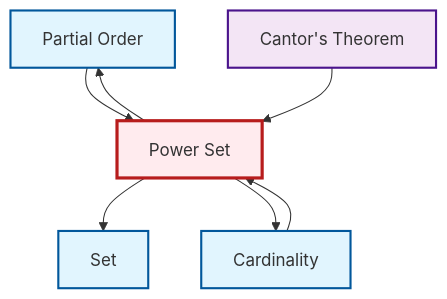
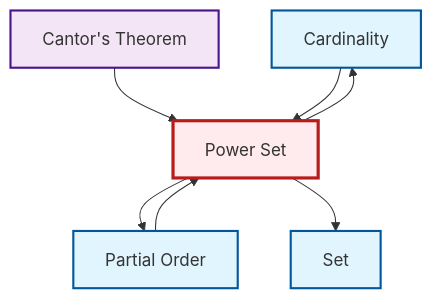
Before and after one commit to RK0429/ModernMath: the diagram in output/mermaid/en/def-power-set.mermaid, drawn with Mermaid. The commit also changed other lines of this file and 3212 other files, not shown here.

```diff
--- a/output/mermaid/en/def-power-set.mermaid
+++ b/output/mermaid/en/def-power-set.mermaid
@@ -1,18 +1,18 @@
 graph TD
     classDef definition fill:#e1f5fe,stroke:#01579b,stroke-width:2px
     classDef theorem fill:#f3e5f5,stroke:#4a148c,stroke-width:2px
     classDef axiom fill:#fff3e0,stroke:#e65100,stroke-width:2px
     classDef example fill:#e8f5e9,stroke:#1b5e20,stroke-width:2px
     classDef current fill:#ffebee,stroke:#b71c1c,stroke-width:3px
+    def-cardinality["Cardinality"]:::definition
+    def-set["Set"]:::definition
     def-partial-order["Partial Order"]:::definition
+    def-power-set["Power Set"]:::definition
     thm-cantor["Cantor's Theorem"]:::theorem
-    def-cardinality["Cardinality"]:::definition
-    def-power-set["Power Set"]:::definition
-    def-set["Set"]:::definition
+    thm-cantor --> def-power-set
     def-cardinality --> def-power-set
     def-partial-order --> def-power-set
-    def-power-set --> def-set
     def-power-set --> def-cardinality
     def-power-set --> def-partial-order
-    thm-cantor --> def-power-set
+    def-power-set --> def-set
     class def-power-set current
```
